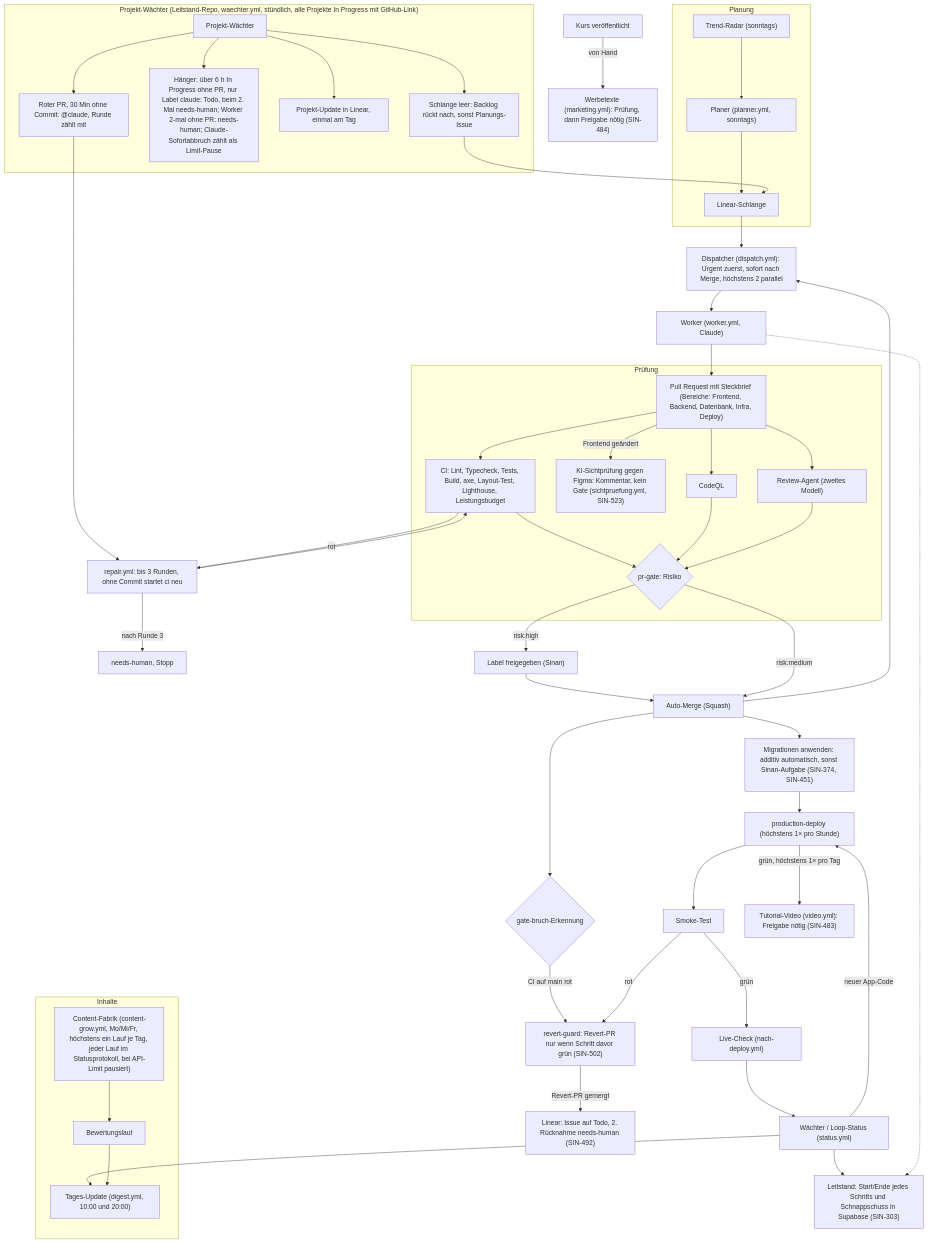
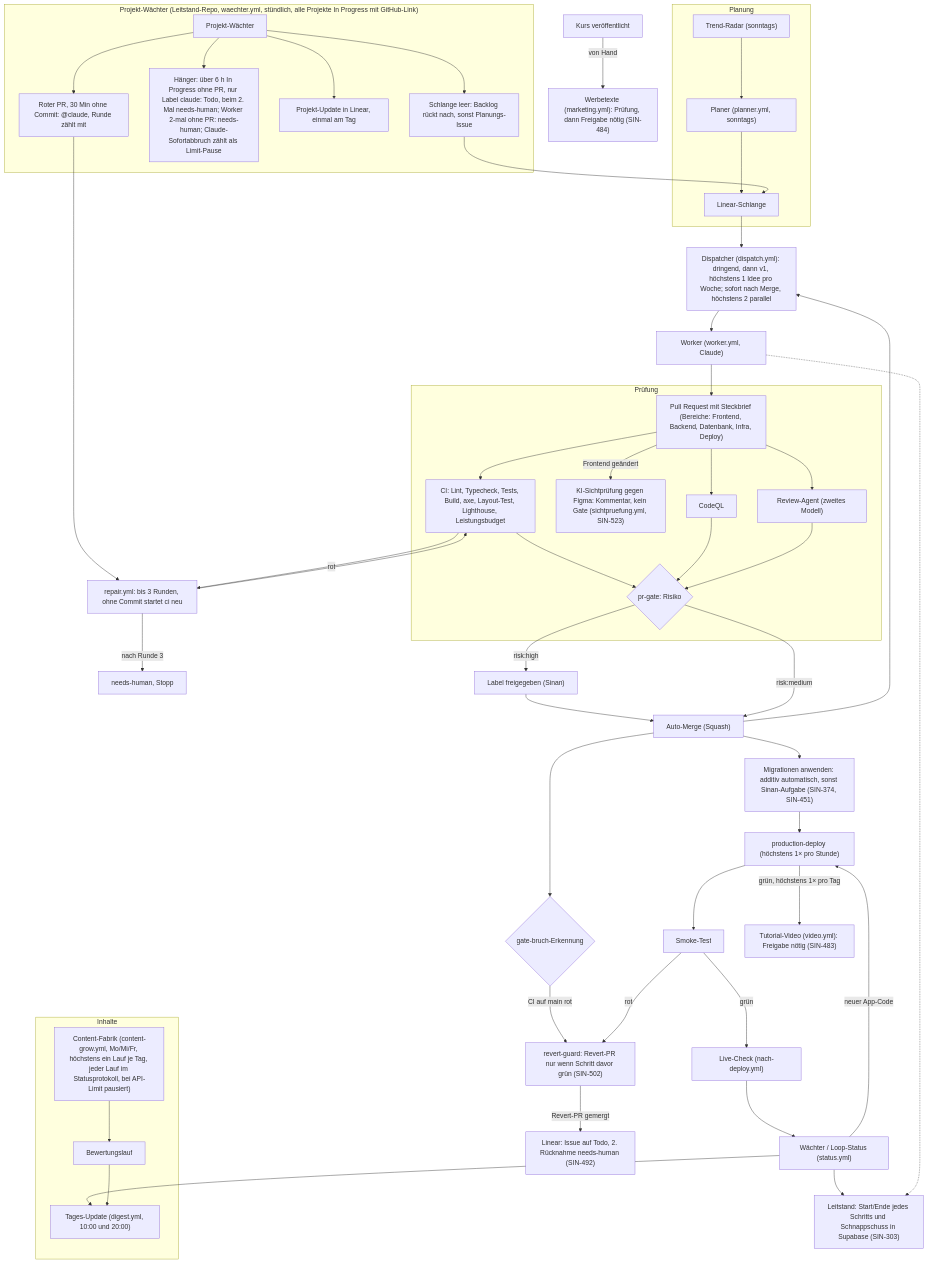
One commit to siinanXD/Content-Agent-Lernapp changed the diagram in README.md. Above: the diagram before and after it, drawn with Mermaid. The commit also changed other lines of this file and 14 other files, not shown here.

First line of the commit message:
feat(loop): Fertig-Liste steuert den Loop, v1 zuerst, Ideen nach und nach (SIN-528)

````diff
--- a/README.md
+++ b/README.md
@@ -72,55 +72,55 @@
 ```mermaid
 %% Pipeline-Ablauf des Loops, Stand main 09.10. (SIN-376). Quelle für das FigJam-Board „Pipeline-Ablauf“.
 %% Ändern sich .github/workflows/ oder scripts/autonomy/, diese Datei im selben PR anpassen.
 flowchart TD
   subgraph Planung
     Radar["Trend-Radar (sonntags)"] --> Planer
     Planer["Planer (planner.yml, sonntags)"] --> Schlange["Linear-Schlange"]
   end
-  Schlange --> Dispatcher["Dispatcher (dispatch.yml): Urgent zuerst, sofort nach Merge, höchstens 2 parallel"]
+  Schlange --> Dispatcher["Dispatcher (dispatch.yml): dringend, dann v1, höchstens 1 Idee pro Woche; sofort nach Merge, höchstens 2 parallel"]
   Dispatcher --> Worker["Worker (worker.yml, Claude)"]
   Worker --> PR["Pull Request mit Steckbrief (Bereiche: Frontend, Backend, Datenbank, Infra, Deploy)"]
   subgraph Prüfung
     PR --> CI["CI: Lint, Typecheck, Tests, Build, axe, Layout-Test, Lighthouse, Leistungsbudget"]
     PR -- "Frontend geändert" --> Sicht["KI-Sichtprüfung gegen Figma: Kommentar, kein Gate (sichtpruefung.yml, SIN-523)"]
     PR --> CodeQL["CodeQL"]
     PR --> Review["Review-Agent (zweites Modell)"]
     CI --> Gate{"pr-gate: Risiko"}
     CodeQL --> Gate
     Review --> Gate
   end
   CI -- rot --> Repair["repair.yml: bis 3 Runden, ohne Commit startet ci neu"]
   Repair --> CI
   Repair -- "nach Runde 3" --> Mensch["needs-human, Stopp"]
   Gate -- "risk:high" --> Freigabe["Label freigegeben (Sinan)"]
   Freigabe --> Merge
   Gate -- "risk:medium" --> Merge["Auto-Merge (Squash)"]
   Merge --> Dispatcher
   Merge --> Migr["Migrationen anwenden: additiv automatisch, sonst Sinan-Aufgabe (SIN-374, SIN-451)"]
   Merge --> Bruch{"gate-bruch-Erkennung"}
   Bruch -- "CI auf main rot" --> Revert["revert-guard: Revert-PR nur wenn Schritt davor grün (SIN-502)"]
   Revert -- "Revert-PR gemergt" --> LinearTodo["Linear: Issue auf Todo, 2. Rücknahme needs-human (SIN-492)"]
   Migr --> Deploy["production-deploy (höchstens 1× pro Stunde)"]
   Deploy --> Smoke["Smoke-Test"]
   Smoke -- rot --> Revert
   Smoke -- grün --> Live["Live-Check (nach-deploy.yml)"]
   Deploy -- "grün, höchstens 1× pro Tag" --> Video["Tutorial-Video (video.yml): Freigabe nötig (SIN-483)"]
   Kurs["Kurs veröffentlicht"] -- "von Hand" --> Marketing["Werbetexte (marketing.yml): Prüfung, dann Freigabe nötig (SIN-484)"]
   Live --> Waechter["Wächter / Loop-Status (status.yml)"]
   Waechter -- "neuer App-Code" --> Deploy
   Waechter --> Update["Tages-Update (digest.yml, 10:00 und 20:00)"]
   Waechter --> Leitstand["Leitstand: Start/Ende jedes Schritts und Schnappschuss in Supabase (SIN-303)"]
   Worker -.-> Leitstand
   subgraph Projektwaechter["Projekt-Wächter (Leitstand-Repo, waechter.yml, stündlich, alle Projekte In Progress mit GitHub-Link)"]
     PW["Projekt-Wächter"] --> PWS["Schlange leer: Backlog rückt nach, sonst Planungs-Issue"]
     PW --> PWH["Hänger: über 6 h In Progress ohne PR, nur Label claude: Todo, beim 2. Mal needs-human; Worker 2-mal ohne PR: needs-human; Claude-Sofortabbruch zählt als Limit-Pause"]
     PW --> PWU["Projekt-Update in Linear, einmal am Tag"]
     PW --> PWR["Roter PR, 30 Min ohne Commit: @claude, Runde zählt mit"]
   end
   PWS --> Schlange
   PWR --> Repair
   subgraph Inhalte
     Fabrik["Content-Fabrik (content-grow.yml, Mo/Mi/Fr, höchstens ein Lauf je Tag, jeder Lauf im Statusprotokoll, bei API-Limit pausiert)"] --> Bewertung["Bewertungslauf"]
     Bewertung --> Update
   end
 ```
````
